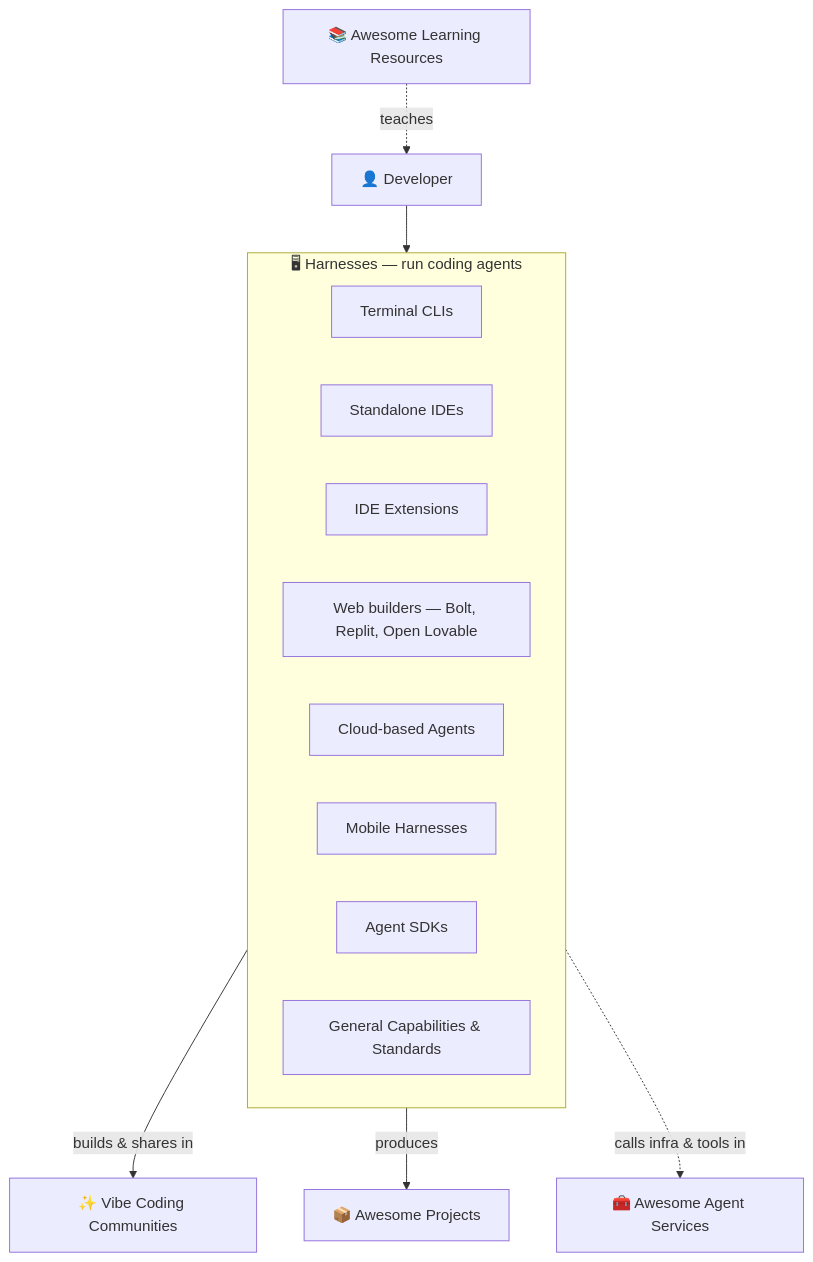
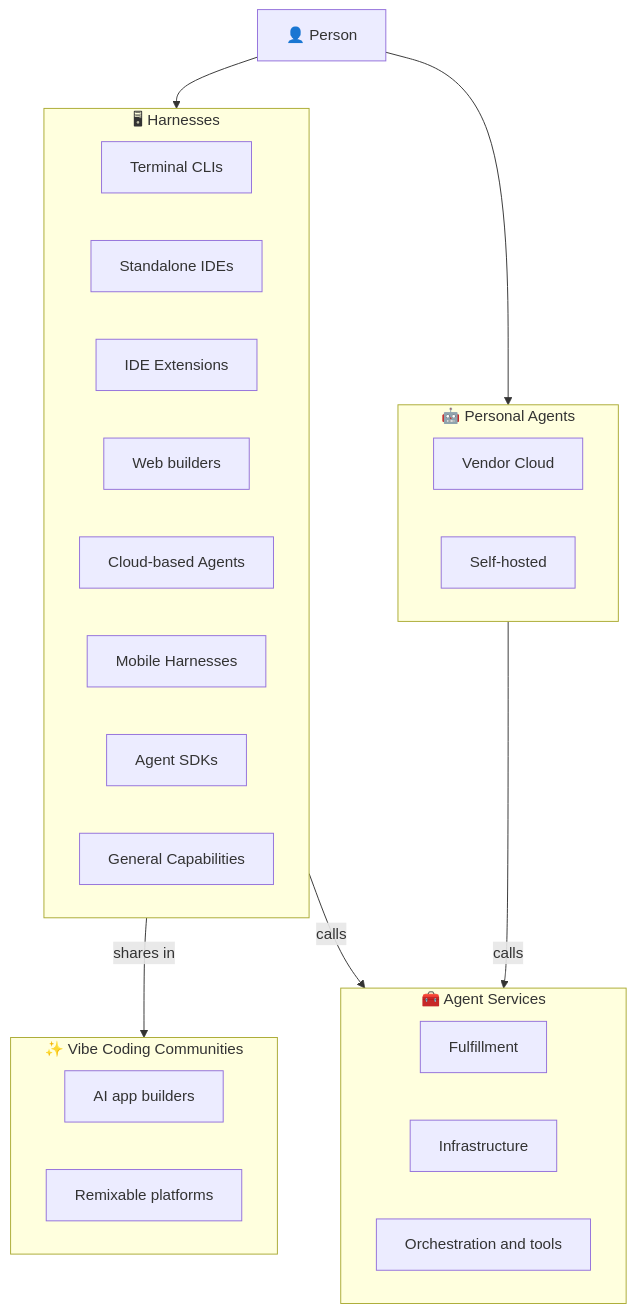
Before and after one commit to 0xWelt/Awesome-Vibe-Coding: the diagram in README.md, drawn with Mermaid. The commit also changed other lines of this file and 592 other files, not shown here.

First line of the commit message:
feat: 合并 Personal Agents 与 Agent Services，并移除学习资源与项目目录 (#448)

````diff
--- a/README.md
+++ b/README.md
@@ -26,27 +28,41 @@
 ```mermaid
 flowchart TB
-    Dev["👤 Developer"]
+    Person["👤 Person"]
 
-    subgraph harnesses["🖥 Harnesses — run coding agents"]
+    subgraph harnesses["🖥 Harnesses"]
         direction LR
         H1["Terminal CLIs"]
         H2["Standalone IDEs"]
         H3["IDE Extensions"]
-        H4["Web builders — Bolt, Replit, Open Lovable"]
+        H4["Web builders"]
         H5["Cloud-based Agents"]
         H6["Mobile Harnesses"]
         H7["Agent SDKs"]
-        H8["General Capabilities & Standards"]
+        H8["General Capabilities"]
     end
 
-    Comm["✨ Vibe Coding Communities"]
-    Proj["📦 Awesome Projects"]
-    Learn["📚 Awesome Learning Resources"]
-    AAS["🧰 Awesome Agent Services"]
+    subgraph community["✨ Vibe Coding Communities"]
+        direction LR
+        C1["AI app builders"]
+        C2["Remixable platforms"]
+    end
 
-    Dev --> harnesses
-    harnesses -->|builds & shares in| Comm
-    harnesses -->|produces| Proj
-    Learn -.->|teaches| Dev
-    harnesses -.->|calls infra & tools in| AAS
+    subgraph personal["🤖 Personal Agents"]
+        direction LR
+        P1["Vendor Cloud"]
+        P2["Self-hosted"]
+    end
+
+    subgraph services["🧰 Agent Services"]
+        direction LR
+        S1["Fulfillment"]
+        S2["Infrastructure"]
+        S3["Orchestration and tools"]
+    end
+
+    Person --> harnesses
+    Person --> personal
+    harnesses -->|shares in| community
+    harnesses -->|calls| services
+    personal -->|calls| services
 ```
````
